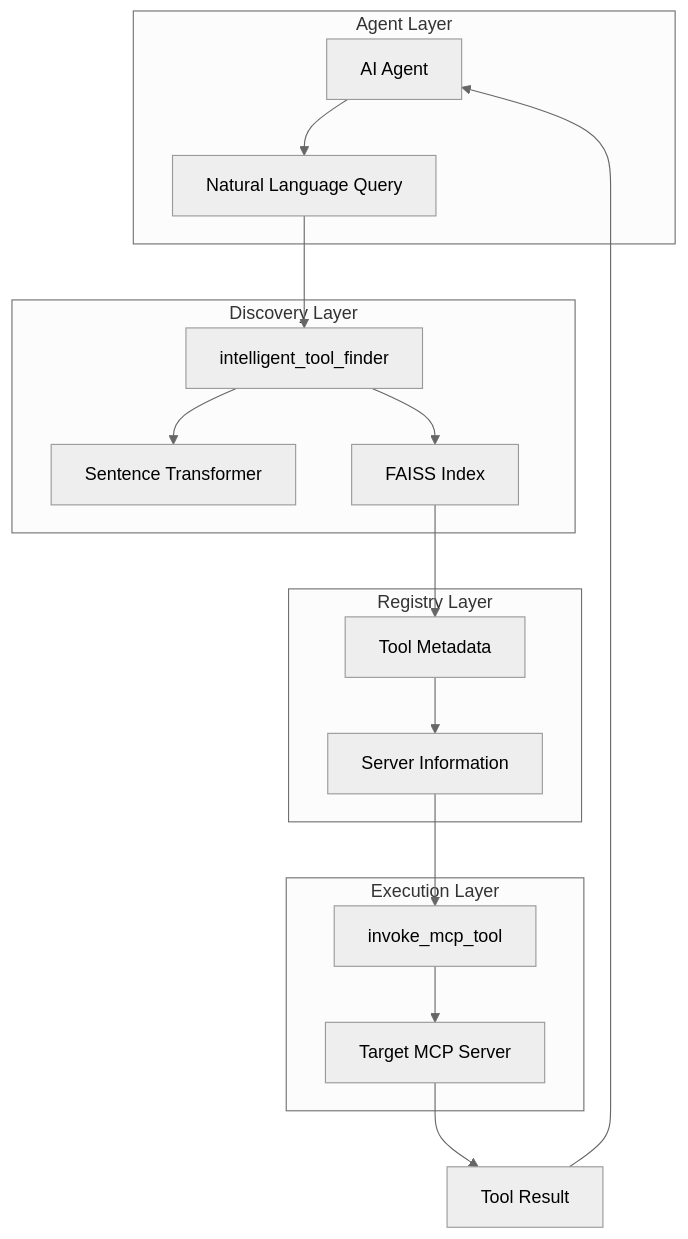
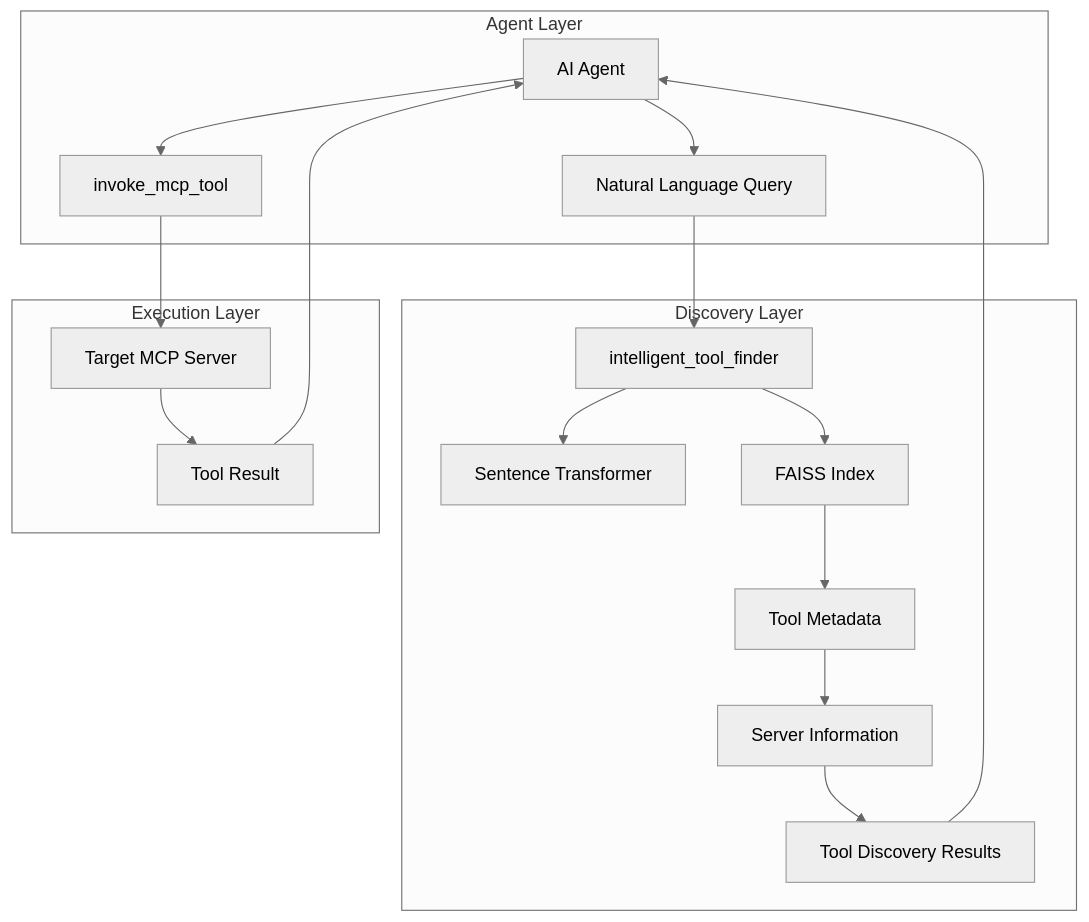
Before and after one commit to ascending-llc/mcp-gateway-registry: the diagram in docs/dynamic-tool-discovery.md, drawn with Mermaid (neutral theme). The commit also changed other lines of this file, not shown here.

First line of the commit message:
docs: Restructure usage examples and fix architecture diagram

````diff
--- a/docs/dynamic-tool-discovery.md
+++ b/docs/dynamic-tool-discovery.md
@@ -43,25 +43,23 @@
 ```mermaid
 graph TB
     subgraph "Agent Layer"
         A[AI Agent] --> B[Natural Language Query]
+        A --> H[invoke_mcp_tool]
     end
     
     subgraph "Discovery Layer"
         B --> C[intelligent_tool_finder]
         C --> D[Sentence Transformer]
         C --> E[FAISS Index]
-    end
-    
-    subgraph "Registry Layer"
         E --> F[Tool Metadata]
         F --> G[Server Information]
+        G --> K[Tool Discovery Results]
+        K --> A
     end
     
     subgraph "Execution Layer"
-        G --> H[invoke_mcp_tool]
         H --> I[Target MCP Server]
+        I --> J[Tool Result]
+        J --> A
     end
-    
-    I --> J[Tool Result]
-    J --> A
 ```
````
